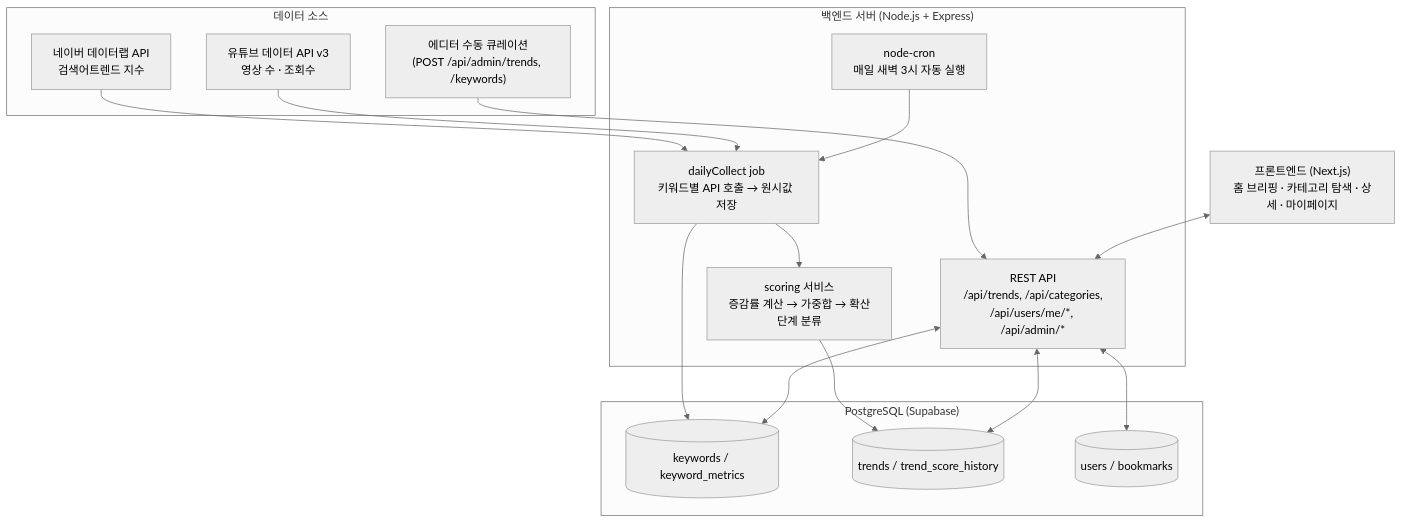
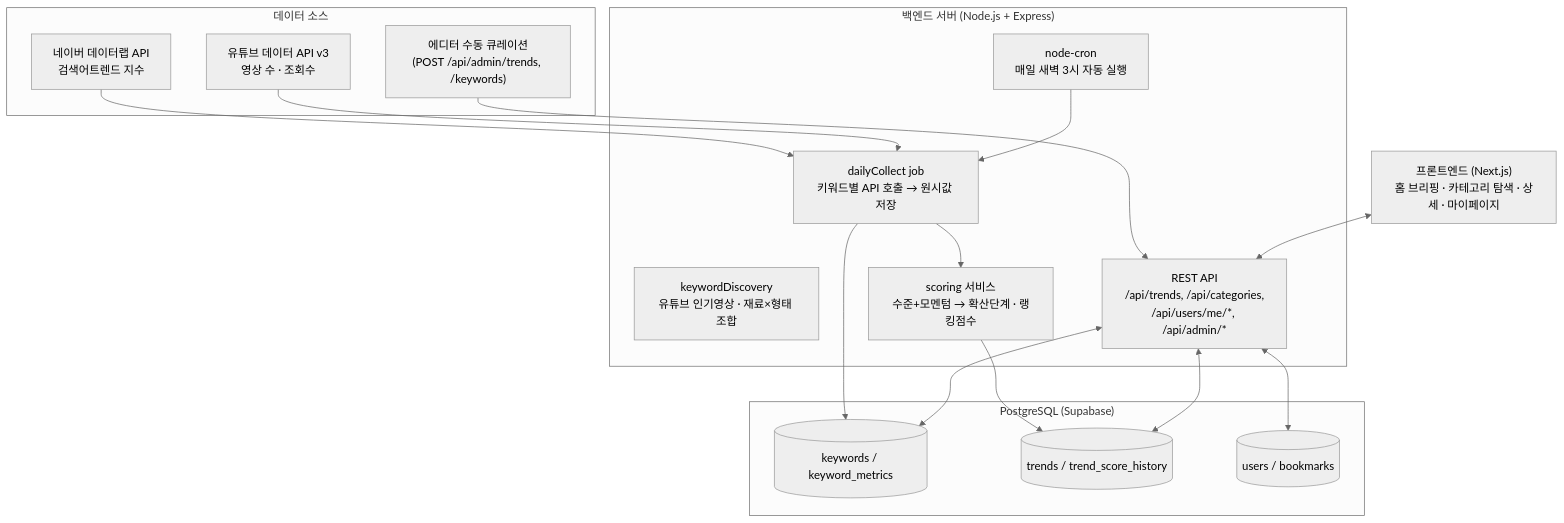
Before and after one commit to madcamp-official/zuki: the first of 2 diagrams in README.md, drawn with Mermaid (neutral theme). The commit also changed other lines of this file and 2 other files, not shown here.

Commit message:
feat: 후보 키워드 발굴 추가, 스코어링을 수준+모멘텀 2차원으로 재설계

````diff
--- a/README.md
+++ b/README.md
@@ -94,35 +94,36 @@
 ```mermaid
 graph TB
     subgraph Sources["데이터 소스"]
         Naver["네이버 데이터랩 API<br/>검색어트렌드 지수"]
         Youtube["유튜브 데이터 API v3<br/>영상 수 · 조회수"]
         Editor["에디터 수동 큐레이션<br/>(POST /api/admin/trends, /keywords)"]
     end
 
     subgraph Server["백엔드 서버 (Node.js + Express)"]
         Cron["node-cron<br/>매일 새벽 3시 자동 실행"]
         Collect["dailyCollect job<br/>키워드별 API 호출 → 원시값 저장"]
-        Scoring["scoring 서비스<br/>증감률 계산 → 가중합 → 확산단계 분류"]
+        Discover["keywordDiscovery<br/>유튜브 인기영상 · 재료×형태 조합"]
+        Scoring["scoring 서비스<br/>수준+모멘텀 → 확산단계 · 랭킹점수"]
         API["REST API<br/>/api/trends, /api/categories,<br/>/api/users/me/*, /api/admin/*"]
     end
 
     subgraph DB["PostgreSQL (Supabase)"]
         Keywords[("keywords / keyword_metrics")]
         Trends[("trends / trend_score_history")]
         Users[("users / bookmarks")]
     end
 
     Frontend["프론트엔드 (Next.js)<br/>홈 브리핑 · 카테고리 탐색 · 상세 · 마이페이지"]
 
     Naver --> Collect
     Youtube --> Collect
     Editor --> API
     Cron --> Collect
     Collect --> Keywords
     Collect --> Scoring
     Scoring --> Trends
     API <--> Keywords
     API <--> Trends
     API <--> Users
     Frontend <--> API
 ```
````
